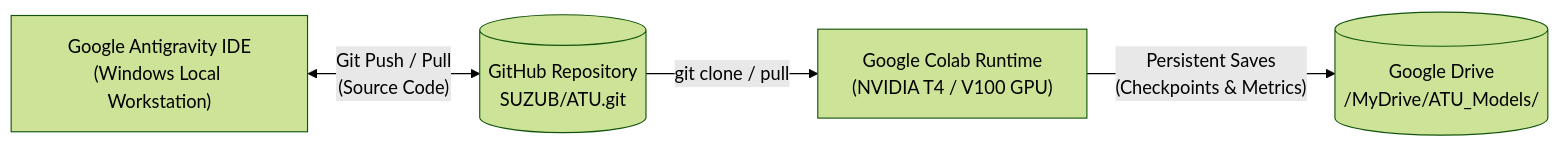
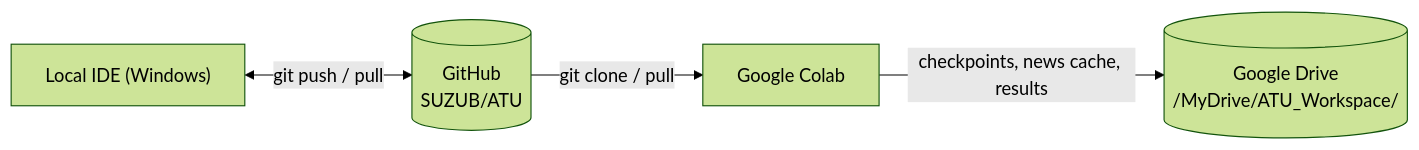
One commit to SUZUB/ATU changed the first of 2 diagrams in README.md. Above: the diagram before and after it, drawn with Mermaid (forest theme). The commit also changed other lines of this file and 11 other files, not shown here.

````diff
--- a/README.md
+++ b/README.md
@@ -39,6 +32,6 @@
 ```mermaid
 flowchart LR
-    A["Google Antigravity IDE<br/>(Windows Local Workstation)"] <-->|"Git Push / Pull<br/>(Source Code)"| B[("GitHub Repository<br/>SUZUB/ATU.git")]
-    B -->|"git clone / pull"| C["Google Colab Runtime<br/>(NVIDIA T4 / V100 GPU)"]
-    C -->|"Persistent Saves<br/>(Checkpoints & Metrics)"| D[("Google Drive<br/>/MyDrive/ATU_Models/")]
+    A["Local IDE (Windows)"] <-->|"git push / pull"| B[("GitHub<br/>SUZUB/ATU")]
+    B -->|"git clone / pull"| C["Google Colab"]
+    C -->|"checkpoints, news cache, results"| D[("Google Drive<br/>/MyDrive/ATU_Workspace/")]
 ```
````
